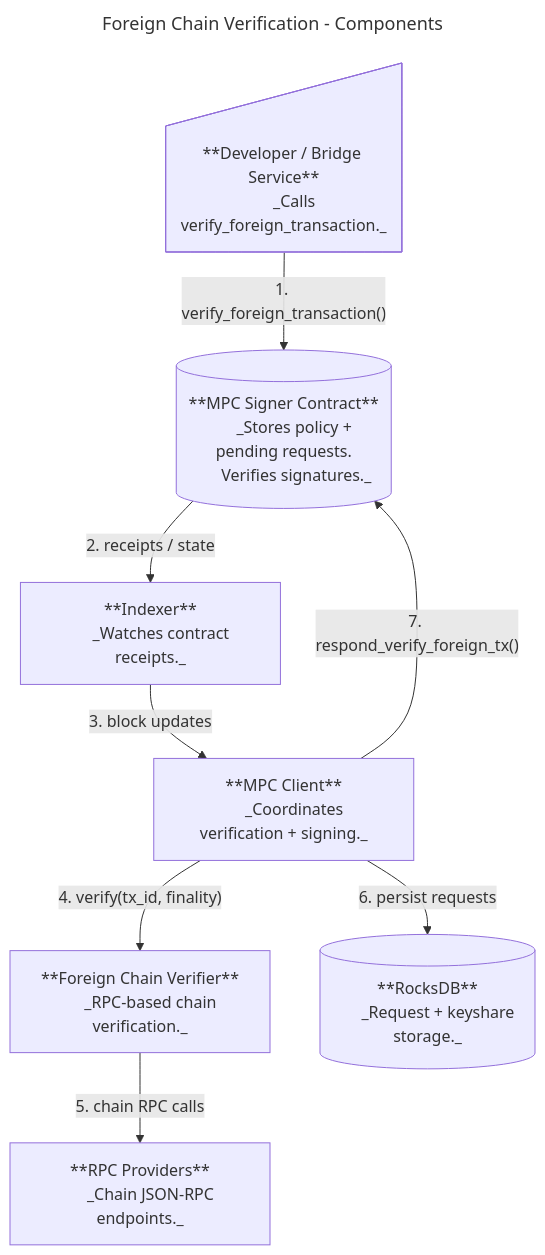
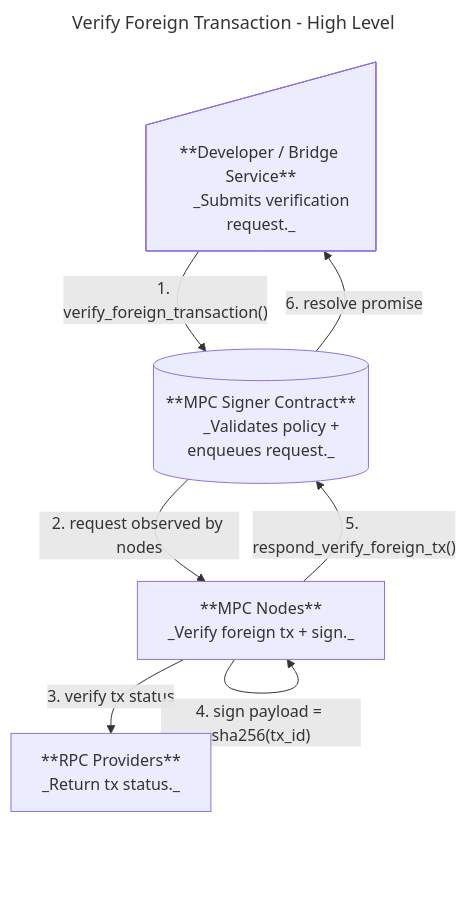
One commit to near/mpc changed the second of 3 diagrams in docs/foreign_chain_transactions.md. Above: the diagram before and after it, drawn with Mermaid. The commit also changed other lines of this file, not shown here.

````diff
--- a/docs/foreign_chain_transactions.md
+++ b/docs/foreign_chain_transactions.md
@@ -74,43 +74,29 @@
 ```mermaid
 ---
-title: Foreign Chain Verification - Components
+title: Verify Foreign Transaction - High Level
 ---
 flowchart TD
     DEV["**Developer / Bridge Service**
-      _Calls verify_foreign_transaction._"]
+      _Submits verification request._"]
 
     SC["**MPC Signer Contract**
-      _Stores policy + pending requests.
-      Verifies signatures._"]
+      _Validates policy + enqueues request._"]
 
-    IDX["**Indexer**
-      _Watches contract receipts._"]
-
-    MPC["**MPC Client**
-      _Coordinates verification + signing._"]
-
-    VER["**Foreign Chain Verifier**
-      _RPC-based chain verification._"]
-
-    DB["**RocksDB**
-      _Request + keyshare storage._"]
+    MPC["**MPC Nodes**
+      _Verify foreign tx + sign._"]
 
     RPC["**RPC Providers**
-      _Chain JSON-RPC endpoints._"]
+      _Return tx status._"]
 
     DEV -->|"1. verify_foreign_transaction()"| SC
-    SC -->|"2. receipts / state"| IDX
-    IDX -->|"3. block updates"| MPC
-    MPC -->|"4. verify(tx_id, finality)"| VER
-    VER -->|"5. chain RPC calls"| RPC
-    MPC -->|"6. persist requests"| DB
-    MPC -->|"7. respond_verify_foreign_tx()"| SC
+    SC -->|"2. request observed by nodes"| MPC
+    MPC -->|"3. verify tx status"| RPC
+    MPC -->|"4. sign payload = sha256(tx_id)"| MPC
+    MPC -->|"5. respond_verify_foreign_tx()"| SC
+    SC -->|"6. resolve promise"| DEV
 
     DEV@{ shape: manual-input}
     SC@{ shape: db}
-    IDX@{ shape: proc}
     MPC@{ shape: proc}
-    VER@{ shape: proc}
-    DB@{ shape: cylinder}
     RPC@{ shape: proc}
 ```
````
